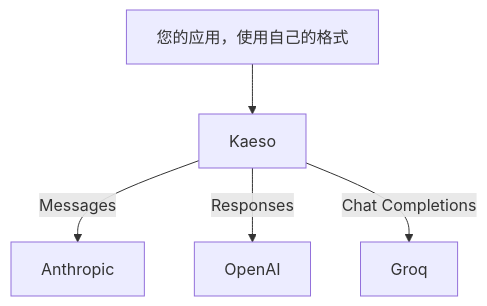
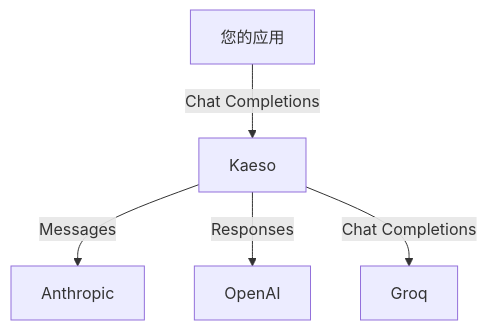
The diagram in apps/docs/content/zh-CN/concepts/providers.md (logicplanes/kaeso), drawn with Mermaid before and after one commit. The commit also changed 59 other files, not shown here.

First line of the commit message:
Redraw the introduction's and concept pages' diagrams so each tells its story at a glance

````diff
--- a/apps/docs/content/zh-CN/concepts/providers.md
+++ b/apps/docs/content/zh-CN/concepts/providers.md
@@ -53,9 +53,9 @@
 ```mermaid
 flowchart TD
   accTitle: 一个应用，多个服务商
-  accDescr: 应用以自己的格式发送每个请求。Kaeso 把每个请求转换为模型所属服务商的格式，例如 Anthropic 用 Messages，OpenAI 用 Responses，Groq 用 Chat Completions。
-  app[您的应用，使用自己的格式] --> kaeso[Kaeso]
-  kaeso -- Messages --> anthropic[Anthropic]
-  kaeso -- Responses --> openai[OpenAI]
-  kaeso -- Chat Completions --> groq[Groq]
+  accDescr: 您的应用以 Chat Completions 格式发送每个请求。Kaeso 把每个请求转换为模型所属服务商的格式，例如 Anthropic 用 Messages，OpenAI 用 Responses，Groq 用 Chat Completions。
+  app[您的应用]:::outside -- Chat Completions --> kaeso[Kaeso]:::accent
+  kaeso -- Messages --> anthropic[Anthropic]:::outside
+  kaeso -- Responses --> openai[OpenAI]:::outside
+  kaeso -- Chat Completions --> groq[Groq]:::outside
 ```
````
